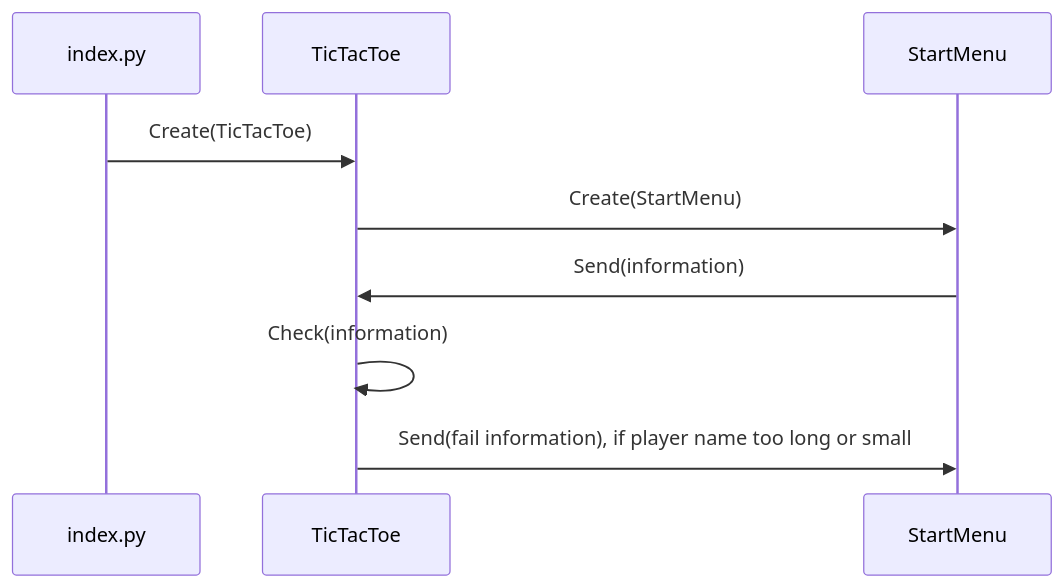
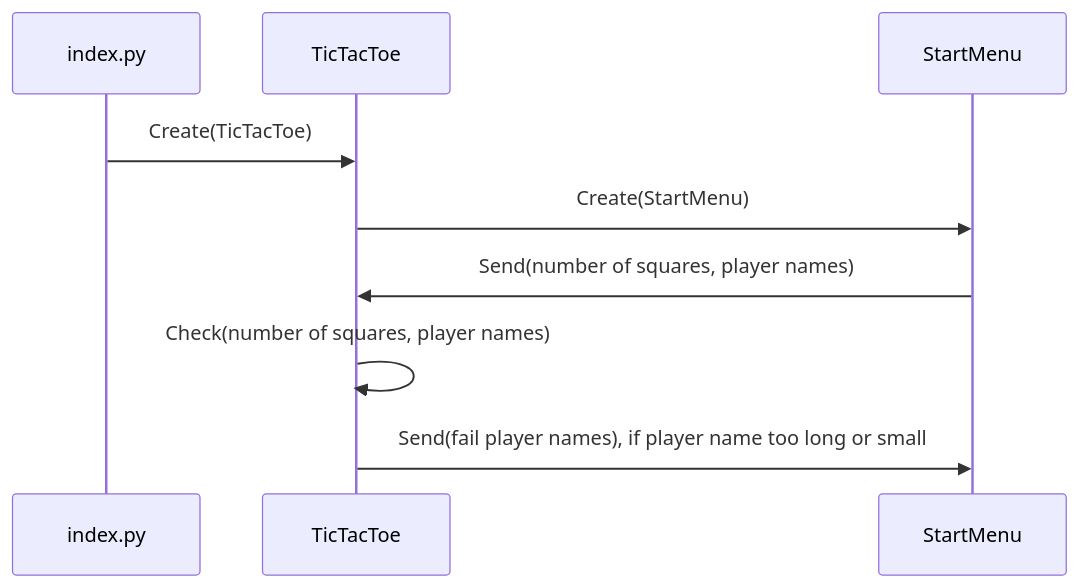
One commit to TatuSorjonen/ot-harjoitustyo changed the second of 2 diagrams in maarittelydokumentti/arkkitehtuuri.md. Above: the diagram before and after it, drawn with Mermaid.

````diff
--- a/maarittelydokumentti/arkkitehtuuri.md
+++ b/maarittelydokumentti/arkkitehtuuri.md
@@ -92,11 +92,11 @@
 ```mermaid
 sequenceDiagram
   participant index.py
   participant TicTacToe
   participant StartMenu
   index.py->> TicTacToe: Create(TicTacToe)
   TicTacToe->> StartMenu: Create(StartMenu)
-  StartMenu->> TicTacToe: Send(information)
-  TicTacToe->> TicTacToe: Check(information)
-  TicTacToe->> StartMenu: Send(fail information), if player name too long or small
+  StartMenu->> TicTacToe: Send(number of squares, player names)
+  TicTacToe->> TicTacToe: Check(number of squares, player names)
+  TicTacToe->> StartMenu: Send(fail player names), if player name too long or small
 ```
````
